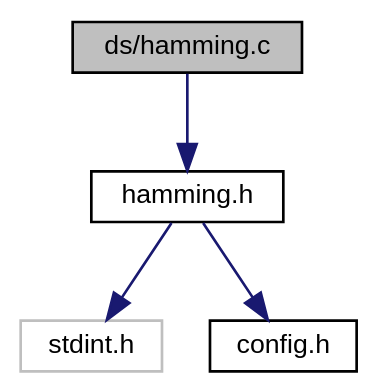
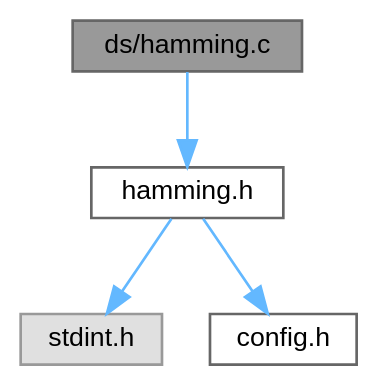
The diagram in hamming_8c__incl.dot (ebs-universe/piolib-ds), drawn with Graphviz before and after one commit. The commit also changed 536 other files, not shown here.

```diff
--- a/hamming_8c__incl.dot
+++ b/hamming_8c__incl.dot
@@ -1,15 +1,15 @@
 digraph "ds/hamming.c"
 {
  // INTERACTIVE_SVG=YES
  // LATEX_PDF_SIZE
   bgcolor="transparent";
-  edge [fontname="Helvetica",fontsize="10",labelfontname="Helvetica",labelfontsize="10"];
-  node [fontname="Helvetica",fontsize="10",shape=record];
-  Node1 [label="ds/hamming.c",height=0.2,width=0.4,color="black", fillcolor="grey75", style="filled", fontcolor="black",tooltip="Implementation of the hamming library."];
-  Node1 -> Node2 [color="midnightblue",fontsize="10",style="solid",fontname="Helvetica"];
-  Node2 [label="hamming.h",height=0.2,width=0.4,color="black",URL="$hamming_8h.html",tooltip="Interface and usage of the hamming library."];
-  Node2 -> Node3 [color="midnightblue",fontsize="10",style="solid",fontname="Helvetica"];
-  Node3 [label="stdint.h",height=0.2,width=0.4,color="grey75",tooltip=" "];
-  Node2 -> Node4 [color="midnightblue",fontsize="10",style="solid",fontname="Helvetica"];
-  Node4 [label="config.h",height=0.2,width=0.4,color="black",URL="$config_8h_source.html",tooltip=" "];
+  edge [fontname=Helvetica,fontsize=10,labelfontname=Helvetica,labelfontsize=10];
+  node [fontname=Helvetica,fontsize=10,shape=box,height=0.2,width=0.4];
+  Node1 [id="Node000001",label="ds/hamming.c",height=0.2,width=0.4,color="gray40", fillcolor="grey60", style="filled", fontcolor="black",tooltip="Implementation of the hamming library."];
+  Node1 -> Node2 [id="edge1_Node000001_Node000002",color="steelblue1",style="solid",tooltip=" "];
+  Node2 [id="Node000002",label="hamming.h",height=0.2,width=0.4,color="grey40", fillcolor="white", style="filled",URL="$hamming_8h.html",tooltip="Interface and usage of the hamming library."];
+  Node2 -> Node3 [id="edge2_Node000002_Node000003",color="steelblue1",style="solid",tooltip=" "];
+  Node3 [id="Node000003",label="stdint.h",height=0.2,width=0.4,color="grey60", fillcolor="#E0E0E0", style="filled",tooltip=" "];
+  Node2 -> Node4 [id="edge3_Node000002_Node000004",color="steelblue1",style="solid",tooltip=" "];
+  Node4 [id="Node000004",label="config.h",height=0.2,width=0.4,color="grey40", fillcolor="white", style="filled",URL="$config_8h.html",tooltip=" "];
 }
```
